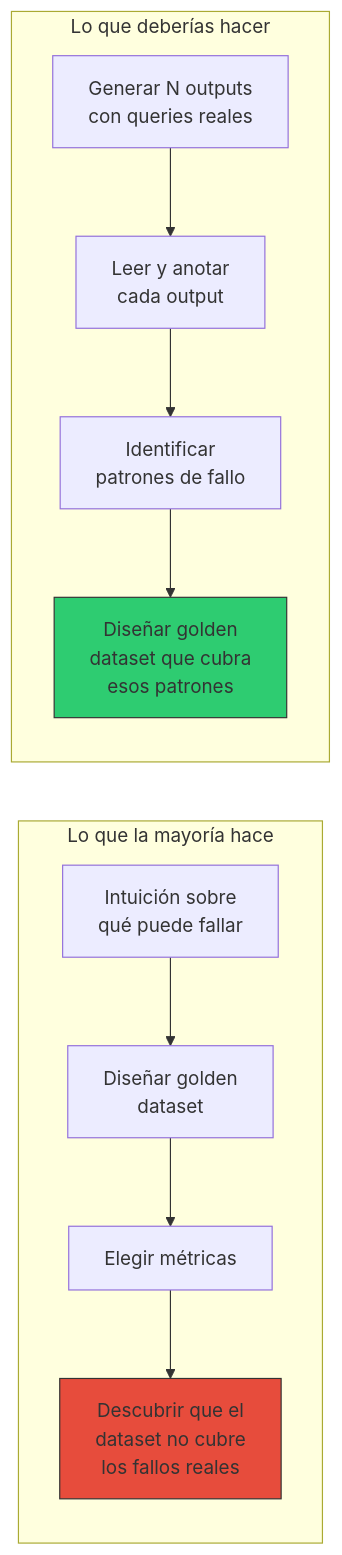
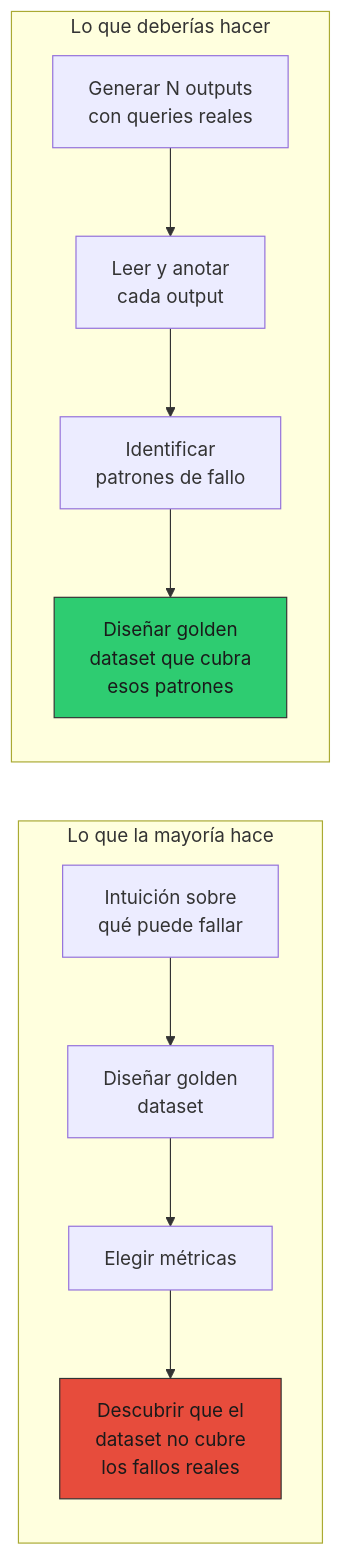
One commit to Alonsomar/estudio-personal changed the first of 4 diagrams in 01-evals/theory/03-analisis-errores.md. Above: the diagram before and after it, drawn with Mermaid. The commit also changed other lines of this file and 20 other files, not shown here.

First line of the commit message:
fix(docs): texto oscuro en nodos Mermaid para legibilidad en modo oscuro

````diff
--- a/01-evals/theory/03-analisis-errores.md
+++ b/01-evals/theory/03-analisis-errores.md
@@ -19,12 +19,12 @@
 ```mermaid
 graph LR
     subgraph "Lo que la mayoría hace"
         A1[Intuición sobre<br/>qué puede fallar] --> A2[Diseñar golden<br/>dataset] --> A3[Elegir métricas] --> A4[Descubrir que el<br/>dataset no cubre<br/>los fallos reales]
     end
     subgraph "Lo que deberías hacer"
         B1[Generar N outputs<br/>con queries reales] --> B2[Leer y anotar<br/>cada output] --> B3[Identificar<br/>patrones de fallo] --> B4[Diseñar golden<br/>dataset que cubra<br/>esos patrones]
     end
 
-    style A4 fill:#e74c3c,stroke:#333
-    style B4 fill:#2ecc71,stroke:#333
+    style A4 fill:#e74c3c,stroke:#333,color:#1a1a1a
+    style B4 fill:#2ecc71,stroke:#333,color:#1a1a1a
 ```
````
